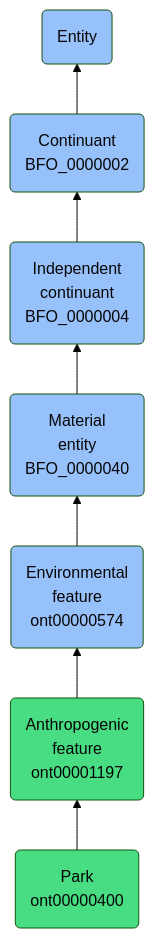
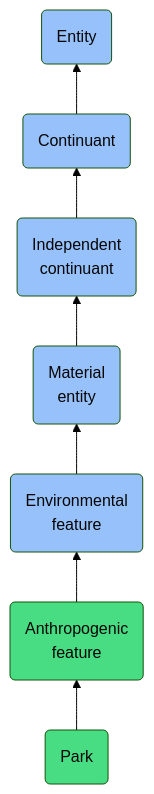
The diagram in docs/ontology/reference/model/Entity/Continuant/Independent continuant/Material entity/Environmental feature/Anthropogenic feature/Park/Park.md (jupyter-naas/abi), drawn with Mermaid (forest theme) before and after one commit. The commit also changed other lines of this file and 1430 other files, not shown here.

````diff
--- a/docs/ontology/reference/model/Entity/Continuant/Independent continuant/Material entity/Environmental feature/Anthropogenic feature/Park/Park.md
+++ b/docs/ontology/reference/model/Entity/Continuant/Independent continuant/Material entity/Environmental feature/Anthropogenic feature/Park/Park.md
@@ -24,14 +24,14 @@
 ```mermaid
 graph BT
-    ont00000400(Park<br>ont00000400):::ABI-->ont00001197
-    ont00001197(Anthropogenic<br>feature<br>ont00001197):::ABI-->ont00000574
-    ont00000574(Environmental<br>feature<br>ont00000574):::BFO-->BFO_0000040
-    BFO_0000040(Material<br>entity<br>BFO_0000040):::BFO-->BFO_0000004
-    BFO_0000004(Independent<br>continuant<br>BFO_0000004):::BFO-->BFO_0000002
-    BFO_0000002(Continuant<br>BFO_0000002):::BFO-->BFO_0000001
+    ont00000400(Park):::ABI-->ont00001197
+    ont00001197(Anthropogenic<br>feature):::ABI-->ont00000574
+    ont00000574(Environmental<br>feature):::BFO-->BFO_0000040
+    BFO_0000040(Material<br>entity):::BFO-->BFO_0000004
+    BFO_0000004(Independent<br>continuant):::BFO-->BFO_0000002
+    BFO_0000002(Continuant):::BFO-->BFO_0000001
     BFO_0000001(Entity):::BFO
     
     classDef BFO fill:#97c1fb,color:#060606
     classDef CCO fill:#e4c51e,color:#060606
     classDef ABI fill:#48DD82,color:#060606
 ```
````
